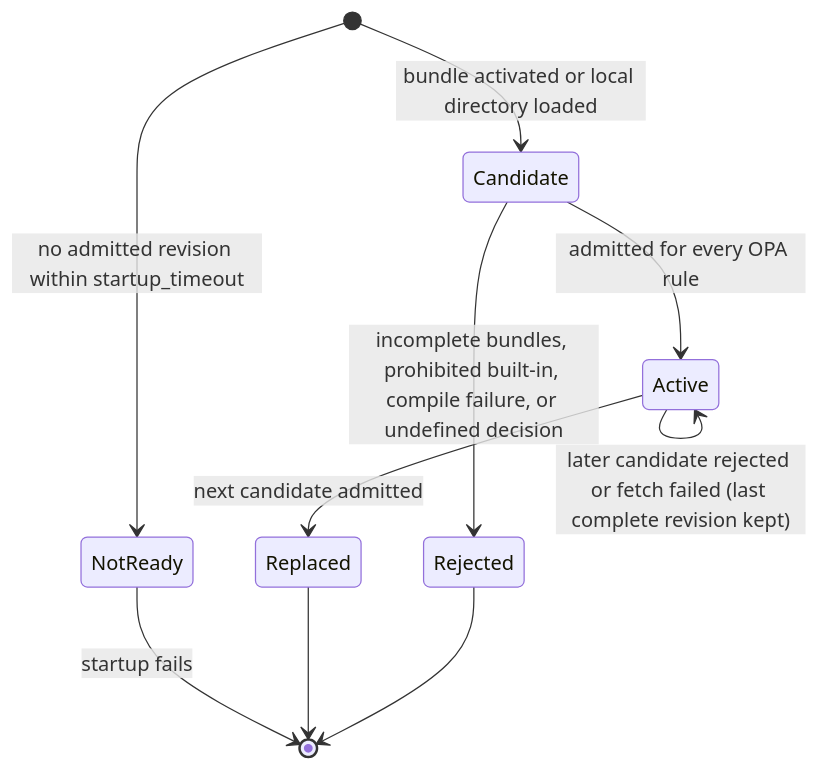
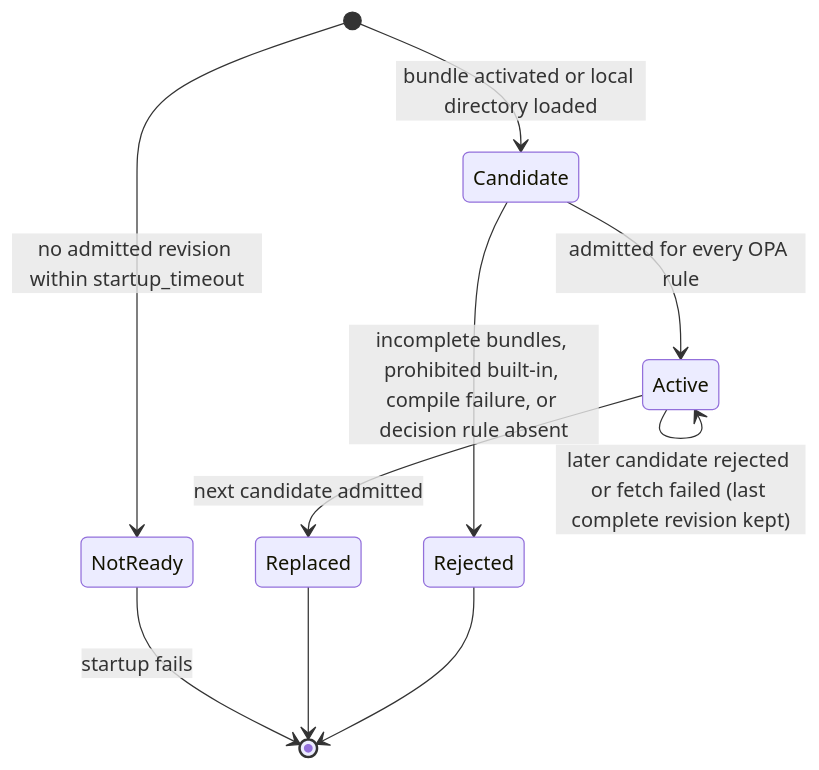
The third of 3 diagrams in specs/20261120-153502-opa-impersonation-authorization/spec.md (zalando-incubator/agentic-identity-broker), drawn with Mermaid before and after one commit. The commit also changed other lines of this file and 11 other files, not shown here.

````diff
--- a/specs/20261120-153502-opa-impersonation-authorization/spec.md
+++ b/specs/20261120-153502-opa-impersonation-authorization/spec.md
@@ -677,12 +762,12 @@
 ```mermaid
 stateDiagram-v2
     [*] --> Candidate: bundle activated or local directory loaded
-    Candidate --> Rejected: incomplete bundles, prohibited built-in, compile failure, or undefined decision
+    Candidate --> Rejected: incomplete bundles, prohibited built-in, compile failure, or decision rule absent
     Candidate --> Active: admitted for every OPA rule
     Active --> Active: later candidate rejected or fetch failed (last complete revision kept)
     Active --> Replaced: next candidate admitted
     Rejected --> [*]
     Replaced --> [*]
     [*] --> NotReady: no admitted revision within startup_timeout
     NotReady --> [*]: startup fails
 ```
````
